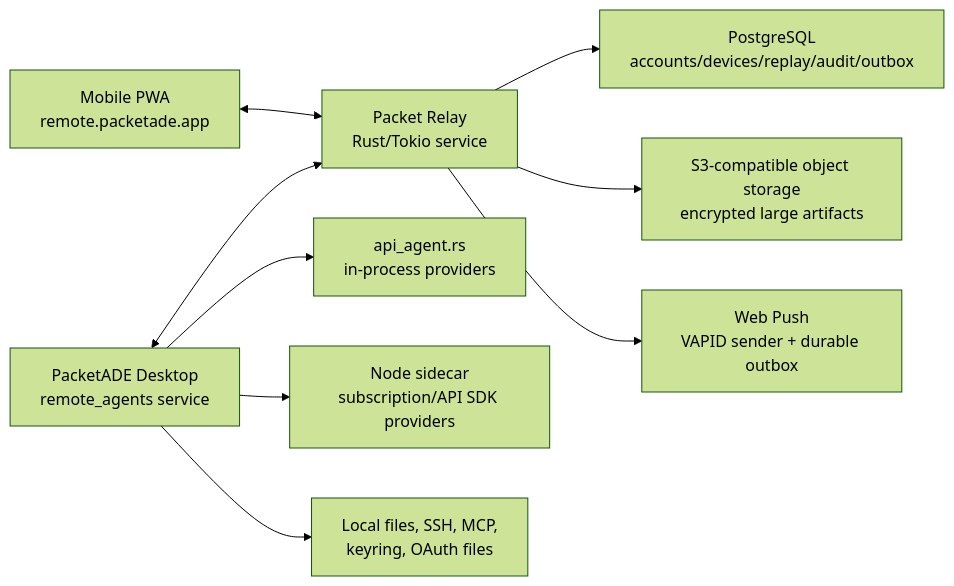
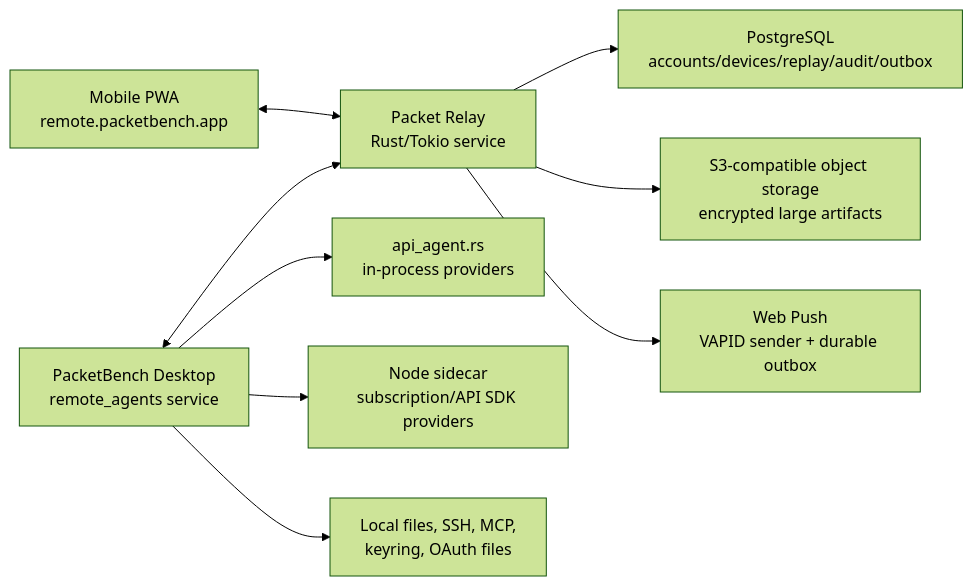
The diagram in dev/remoteagents/02-architecture.md (packetloss404/PacketADE), drawn with Mermaid (forest theme) before and after one commit. The commit also changed other lines of this file and 403 other files, not shown here.

````diff
--- a/dev/remoteagents/02-architecture.md
+++ b/dev/remoteagents/02-architecture.md
@@ -5,11 +5,11 @@
 ```mermaid
 flowchart LR
-  PWA["Mobile PWA\nremote.packetade.app"] <--> Relay["Packet Relay\nRust/Tokio service"]
-  Desktop["PacketADE Desktop\nremote_agents service"] <--> Relay
+  PWA["Mobile PWA\nremote.packetbench.app"] <--> Relay["Packet Relay\nRust/Tokio service"]
+  Desktop["PacketBench Desktop\nremote_agents service"] <--> Relay
   Desktop --> API["api_agent.rs\nin-process providers"]
   Desktop --> Sidecar["Node sidecar\nsubscription/API SDK providers"]
   Desktop --> Local["Local files, SSH, MCP,\nkeyring, OAuth files"]
   Relay --> DB["PostgreSQL\naccounts/devices/replay/audit/outbox"]
   Relay --> Blob["S3-compatible object storage\nencrypted large artifacts"]
   Relay --> Push["Web Push\nVAPID sender + durable outbox"]
 ```
````
